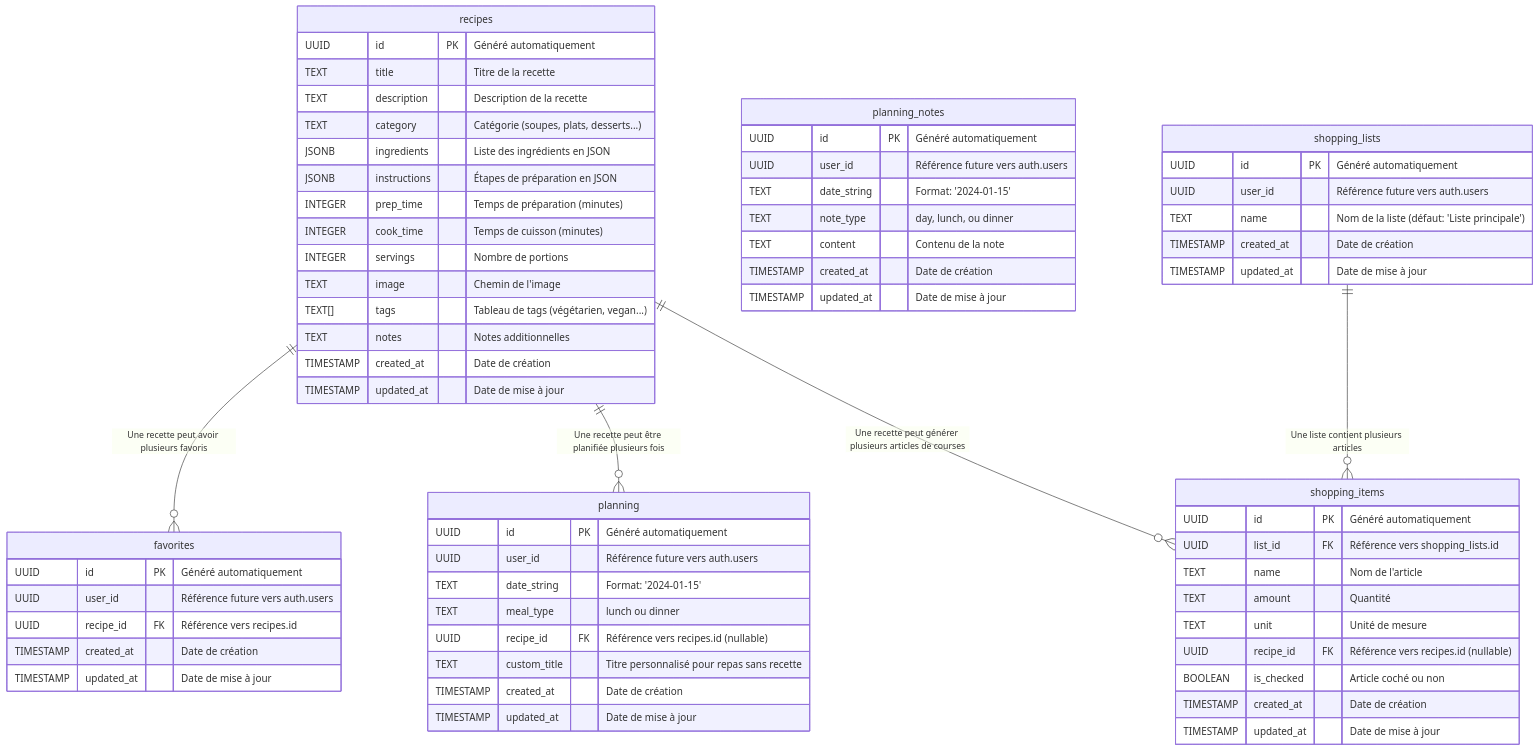
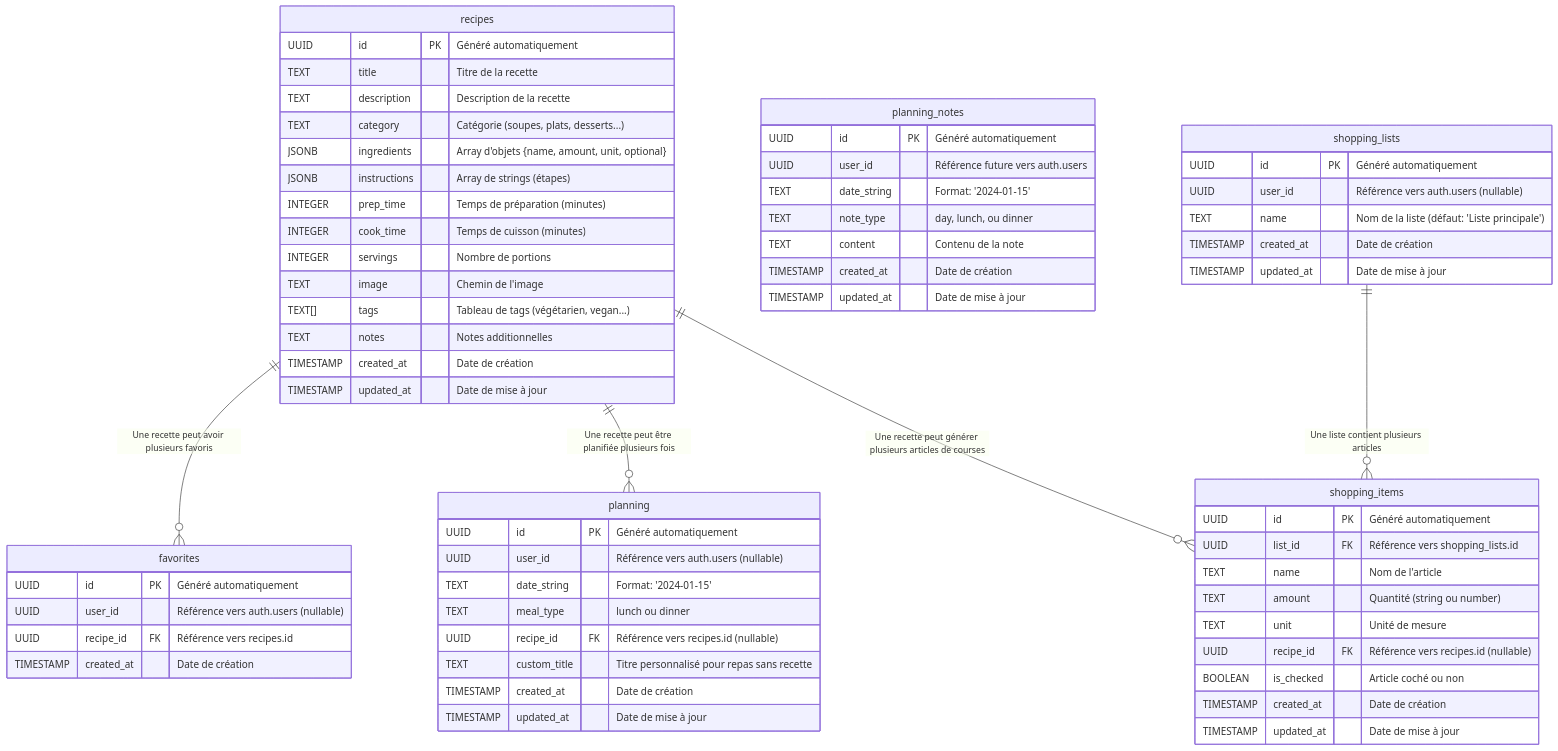
The diagram in README.md (ninaboulton2/recettes-des-boultons), drawn with Mermaid before and after one commit. The commit also changed other lines of this file and 10 other files, not shown here.

````diff
--- a/README.md
+++ b/README.md
@@ -107,8 +110,8 @@
         TEXT title "Titre de la recette"
         TEXT description "Description de la recette"
         TEXT category "Catégorie (soupes, plats, desserts...)"
-        JSONB ingredients "Liste des ingrédients en JSON"
-        JSONB instructions "Étapes de préparation en JSON"
+        JSONB ingredients "Array d'objets {name, amount, unit, optional}"
+        JSONB instructions "Array de strings (étapes)"
         INTEGER prep_time "Temps de préparation (minutes)"
         INTEGER cook_time "Temps de cuisson (minutes)"
         INTEGER servings "Nombre de portions"
@@ -122,16 +125,15 @@
     %% Table des favoris
     favorites {
         UUID id PK "Généré automatiquement"
-        UUID user_id "Référence future vers auth.users"
+        UUID user_id "Référence vers auth.users (nullable)"
         UUID recipe_id FK "Référence vers recipes.id"
         TIMESTAMP created_at "Date de création"
-        TIMESTAMP updated_at "Date de mise à jour"
     }
 
     %% Table du planning hebdomadaire
     planning {
         UUID id PK "Généré automatiquement"
-        UUID user_id "Référence future vers auth.users"
+        UUID user_id "Référence vers auth.users (nullable)"
         TEXT date_string "Format: '2024-01-15'"
         TEXT meal_type "lunch ou dinner"
         UUID recipe_id FK "Référence vers recipes.id (nullable)"
@@ -154,7 +156,7 @@
     %% Table des listes de courses
     shopping_lists {
         UUID id PK "Généré automatiquement"
-        UUID user_id "Référence future vers auth.users"
+        UUID user_id "Référence vers auth.users (nullable)"
         TEXT name "Nom de la liste (défaut: 'Liste principale')"
         TIMESTAMP created_at "Date de création"
         TIMESTAMP updated_at "Date de mise à jour"
@@ -165,7 +167,7 @@
         UUID id PK "Généré automatiquement"
         UUID list_id FK "Référence vers shopping_lists.id"
         TEXT name "Nom de l'article"
-        TEXT amount "Quantité"
+        TEXT amount "Quantité (string ou number)"
         TEXT unit "Unité de mesure"
         UUID recipe_id FK "Référence vers recipes.id (nullable)"
         BOOLEAN is_checked "Article coché ou non"
@@ -183,4 +185,5 @@
     %% - RLS activé sur toutes les tables
     %% - Triggers automatiques pour updated_at
     %% - Index sur les colonnes fréquemment utilisées
+    %% - Contraintes de clés étrangères avec suppression en cascade
 ```
````
